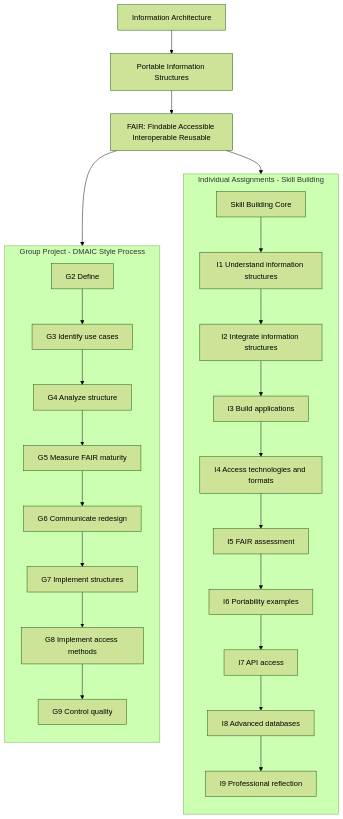
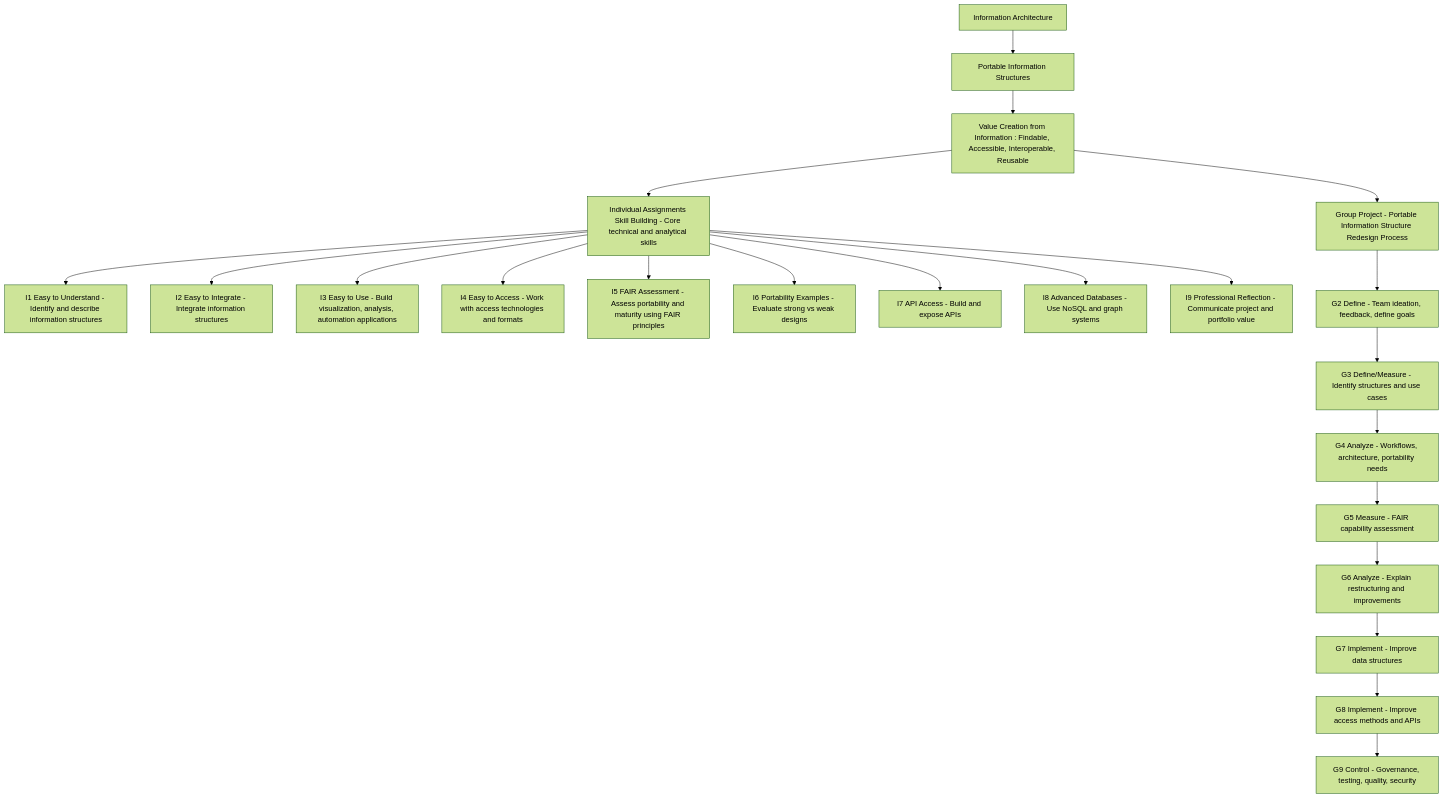
Before and after one commit to StevenGustafson/portable_info_structures: the diagram in README.md, drawn with Mermaid (forest theme).

Commit message:
Update flowchart in README for project structure

````diff
--- a/README.md
+++ b/README.md
@@ -1,50 +1,30 @@
 ```mermaid
+flowchart TB
+    A[Information Architecture] --> B[Portable Information Structures]
+    B --> C[Value Creation from Information : Findable, Accessible, Interoperable, Reusable]
 
-flowchart TB
+    C --> D
+    C --> E
 
-subgraph INDIVIDUAL["Individual Assignments - Skill Building"]
-direction TB
+    D[Individual Assignments Skill Building - Core technical and analytical skills]
+    E[Group Project - Portable Information Structure Redesign Process]
 
-D[Skill Building Core]
+    D --> I1[I1 Easy to Understand - Identify and describe information structures]
+    D --> I2[I2 Easy to Integrate - Integrate information structures]
+    D --> I3[I3 Easy to Use - Build visualization, analysis, automation applications]
+    D --> I4[I4 Easy to Access - Work with access technologies and formats]
+    D --> I5[I5 FAIR Assessment - Assess portability and maturity using FAIR principles]
+    D --> I6[I6 Portability Examples - Evaluate strong vs weak designs]
+    D --> I7[I7 API Access - Build and expose APIs]
+    D --> I8[I8 Advanced Databases - Use NoSQL and graph systems]
+    D --> I9[I9 Professional Reflection - Communicate project and portfolio value]
 
-I1[I1 Understand information structures]
-I2[I2 Integrate information structures]
-I3[I3 Build applications]
-I4[I4 Access technologies and formats]
-I5[I5 FAIR assessment]
-I6[I6 Portability examples]
-I7[I7 API access]
-I8[I8 Advanced databases]
-I9[I9 Professional reflection]
-
-D --> I1 --> I2 --> I3 --> I4 --> I5 --> I6 --> I7 --> I8 --> I9
-
-end
-
-
-subgraph GROUP["Group Project - DMAIC Style Process"]
-direction TB
-
-G2[G2 Define]
-G3[G3 Identify use cases]
-G4[G4 Analyze structure]
-G5[G5 Measure FAIR maturity]
-G6[G6 Communicate redesign]
-G7[G7 Implement structures]
-G8[G8 Implement access methods]
-G9[G9 Control quality]
-
-G2 --> G3 --> G4 --> G5 --> G6 --> G7 --> G8 --> G9
-
-end
-
-
-A[Information Architecture]
-B[Portable Information Structures]
-C[FAIR: Findable Accessible Interoperable Reusable]
-
-A --> B --> C
-C --> D
-C --> G2
-
+    E --> G2[G2 Define - Team ideation, feedback, define goals]
+    G2 --> G3[G3 Define/Measure - Identify structures and use cases]
+    G3 --> G4[G4 Analyze - Workflows, architecture, portability needs]
+    G4 --> G5[G5 Measure - FAIR capability assessment]
+    G5 --> G6[G6 Analyze - Explain restructuring and improvements]
+    G6 --> G7[G7 Implement - Improve data structures]
+    G7 --> G8[G8 Implement - Improve access methods and APIs]
+    G8 --> G9[G9 Control - Governance, testing, quality, security]
 ```
````
